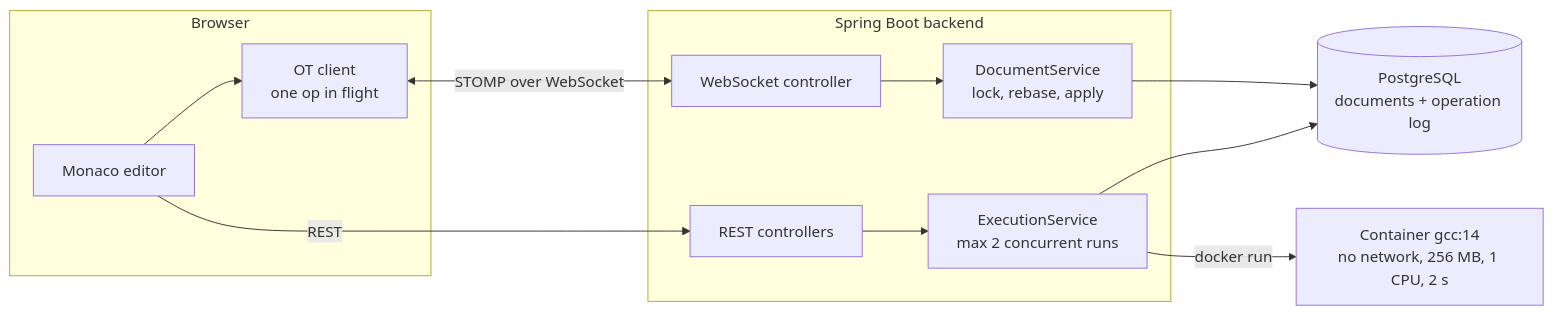
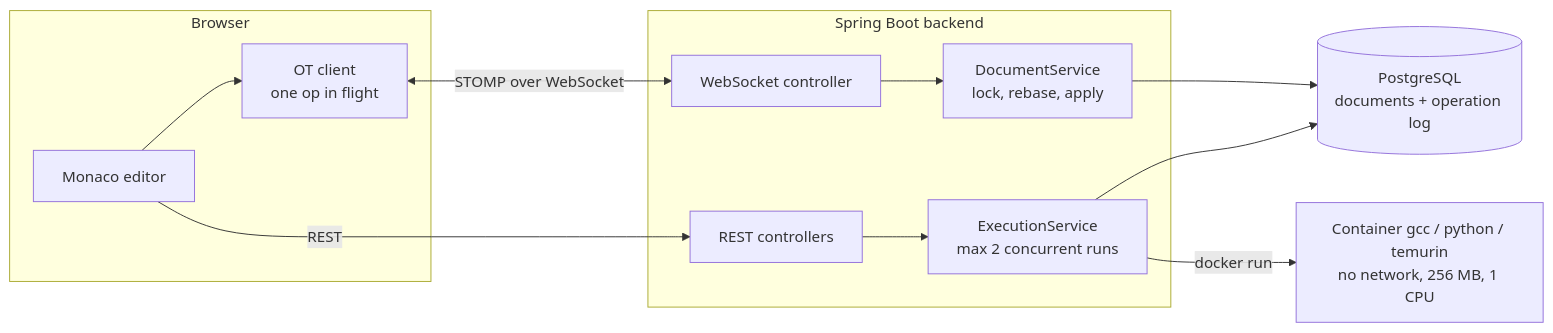
The diagram in README.md (aaditya8589/CodeSync), drawn with Mermaid before and after one commit. The commit also changed other lines of this file and 29 other files, not shown here.

Commit message:
Run Python and Java, and create files from the room

````diff
--- a/README.md
+++ b/README.md
@@ -20,15 +21,15 @@
 ```mermaid
 flowchart LR
     subgraph Browser
         M[Monaco editor] --> OC[OT client<br/>one op in flight]
     end
     OC <-- STOMP over WebSocket --> WS[WebSocket controller]
     M -- REST --> API[REST controllers]
     subgraph Spring Boot backend
         WS --> DS[DocumentService<br/>lock, rebase, apply]
         API --> ES[ExecutionService<br/>max 2 concurrent runs]
     end
     DS --> PG[(PostgreSQL<br/>documents + operation log)]
     ES --> PG
-    ES -- docker run --> C[Container gcc:14<br/>no network, 256 MB, 1 CPU, 2 s]
+    ES -- docker run --> C[Container gcc / python / temurin<br/>no network, 256 MB, 1 CPU]
 ```
````
